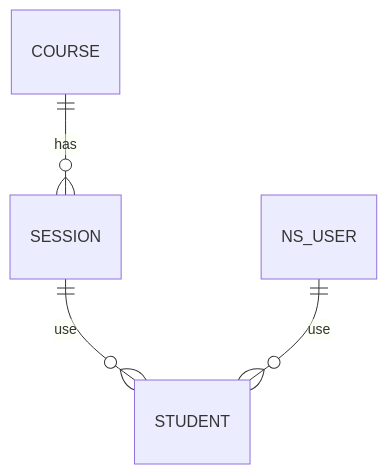
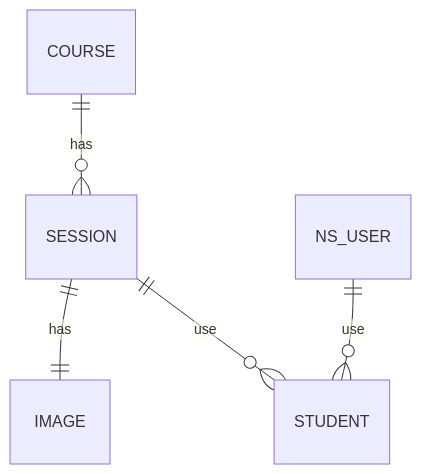
The diagram in README.md (rhwlgns4386/java-lms), drawn with Mermaid before and after one commit. The commit also changed other lines of this file and 1 other file, not shown here.

Commit message:
[feat] : Session 테이블 추가

````diff
--- a/README.md
+++ b/README.md
@@ -47,6 +48,7 @@
 ```mermaid
 erDiagram
     COURSE ||--o{ SESSION : has
+    SESSION ||--|| IMAGE : has
     SESSION ||--o{ STUDENT : use
     NS_USER ||--o{ STUDENT : use
 ```
````
